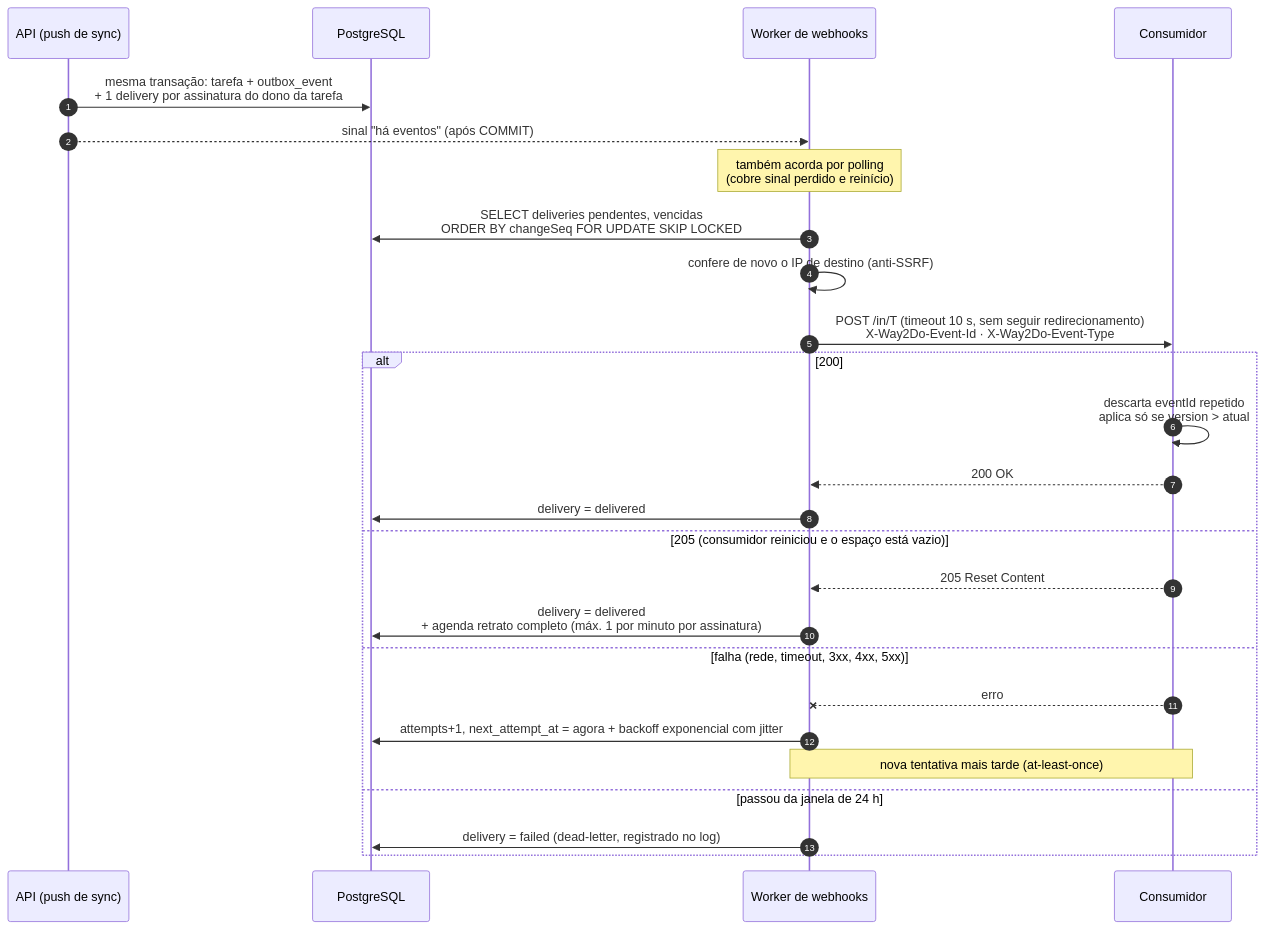
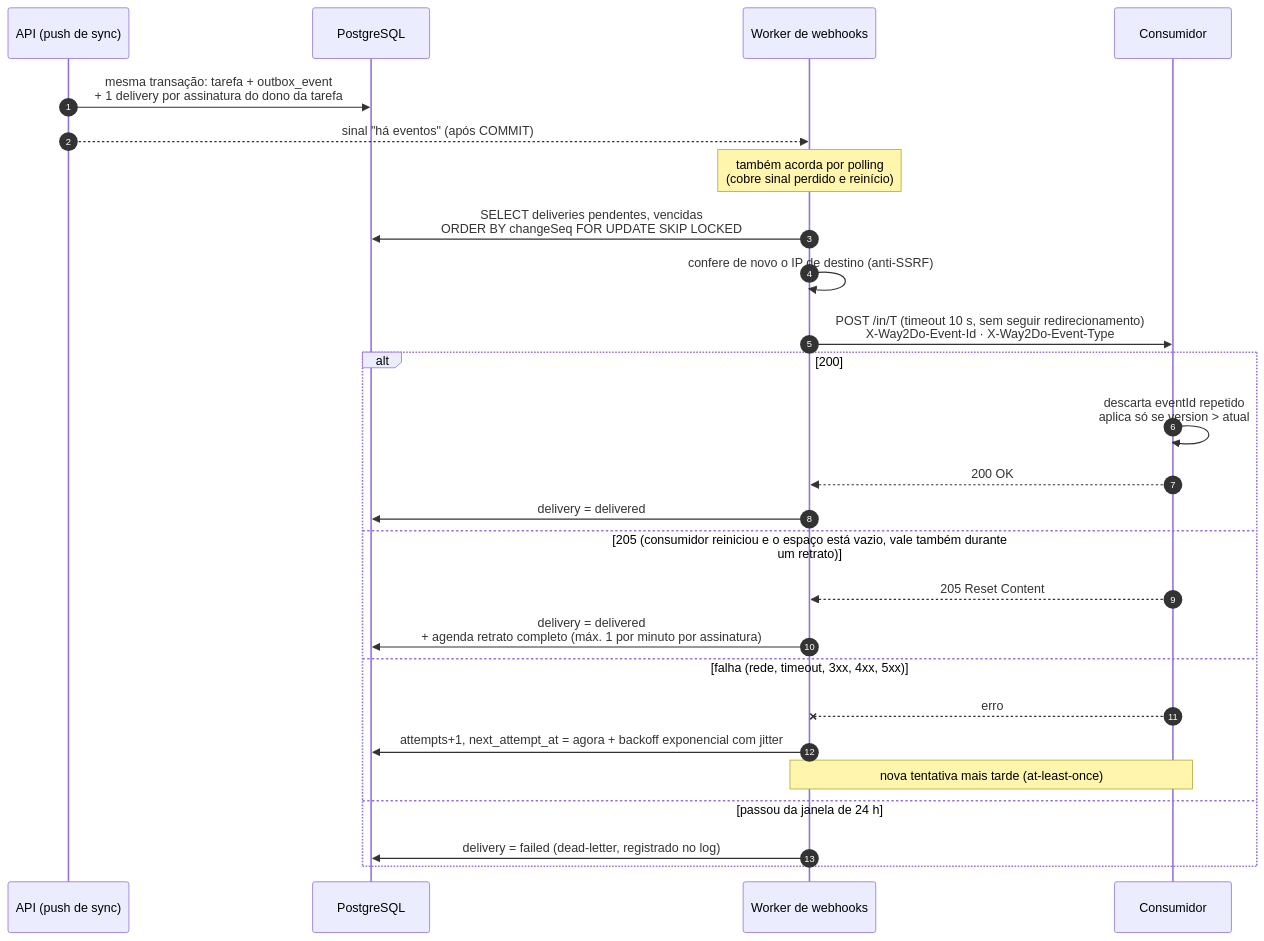
The fifth of 5 diagrams in docs/arquitetura.md (dn32/way2do), drawn with Mermaid before and after one commit. The commit also changed other lines of this file and 3 other files, not shown here.

````diff
--- a/docs/arquitetura.md
+++ b/docs/arquitetura.md
@@ -182,31 +181,31 @@
 ```mermaid
 sequenceDiagram
     autonumber
     participant API as API (push de sync)
     participant PG as PostgreSQL
     participant W as Worker de webhooks
     participant C as Consumidor
 
     API->>PG: mesma transação: tarefa + outbox_event<br/>+ 1 delivery por assinatura do dono da tarefa
     API-->>W: sinal "há eventos" (após COMMIT)
     Note over W: também acorda por polling<br/>(cobre sinal perdido e reinício)
 
     W->>PG: SELECT deliveries pendentes, vencidas<br/>ORDER BY changeSeq FOR UPDATE SKIP LOCKED
     W->>W: confere de novo o IP de destino (anti-SSRF)
     W->>C: POST /in/T (timeout 10 s, sem seguir redirecionamento)<br/>X-Way2Do-Event-Id · X-Way2Do-Event-Type
 
     alt 200
         C->>C: descarta eventId repetido<br/>aplica só se version > atual
         C-->>W: 200 OK
         W->>PG: delivery = delivered
-    else 205 (consumidor reiniciou e o espaço está vazio)
+    else 205 (consumidor reiniciou e o espaço está vazio, vale também durante um retrato)
         C-->>W: 205 Reset Content
         W->>PG: delivery = delivered<br/>+ agenda retrato completo (máx. 1 por minuto por assinatura)
     else falha (rede, timeout, 3xx, 4xx, 5xx)
         C--xW: erro
         W->>PG: attempts+1, next_attempt_at = agora + backoff exponencial com jitter
         Note over W,C: nova tentativa mais tarde (at-least-once)
     else passou da janela de 24 h
         W->>PG: delivery = failed (dead-letter, registrado no log)
     end
 ```
````
